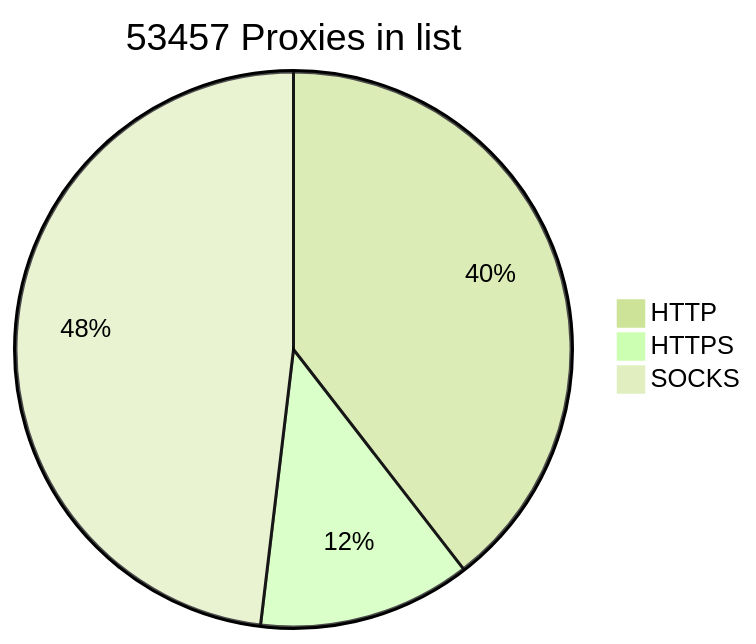
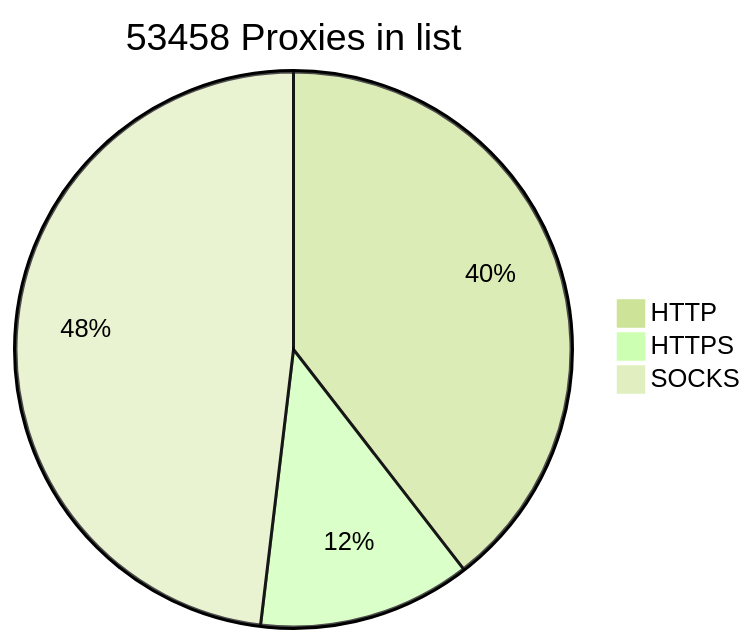
One commit to BlackSnowDot/proxylist-update-every-minute changed the diagram in README.md. Above: the diagram before and after it, drawn with Mermaid (forest theme).

````diff
--- a/README.md
+++ b/README.md
@@ -2,6 +2,6 @@
 ```mermaid
-pie title 53457 Proxies in list
+pie title 53458 Proxies in list
     "HTTP" : 23601
     "HTTPS": 7396
-    "SOCKS" : 28733
+    "SOCKS" : 28734
 ```
````
